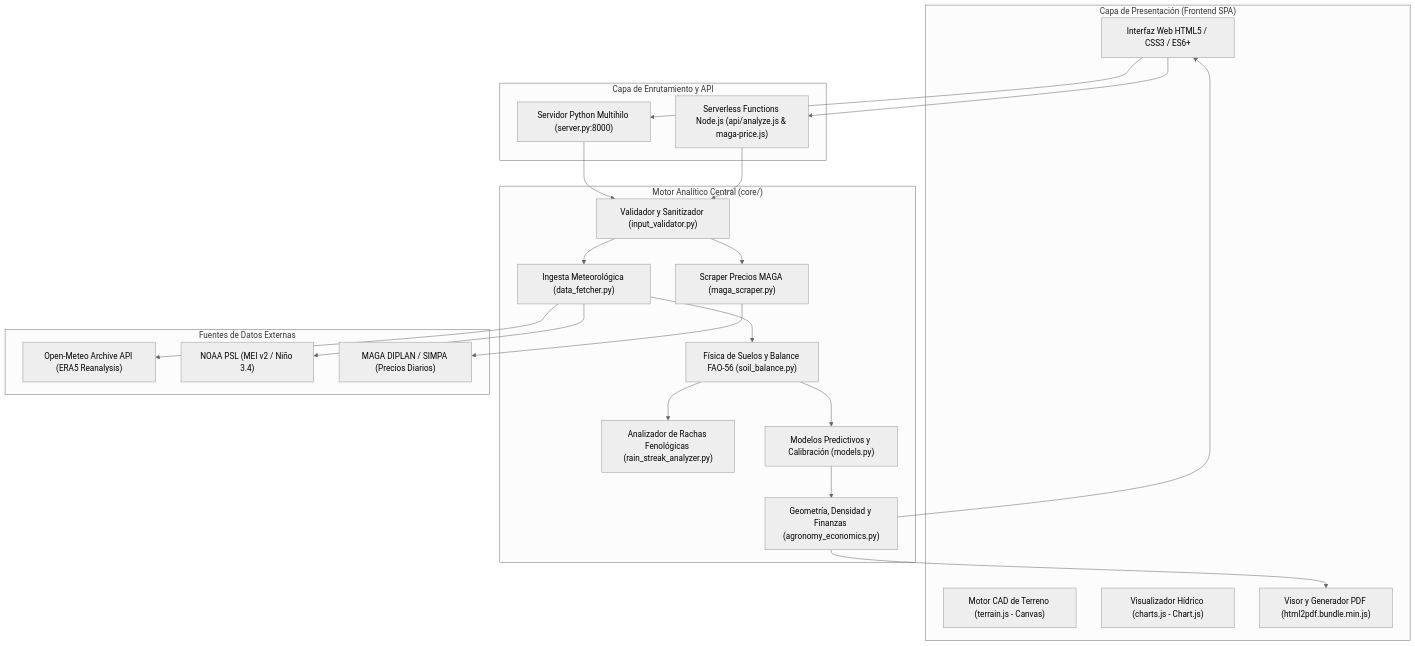
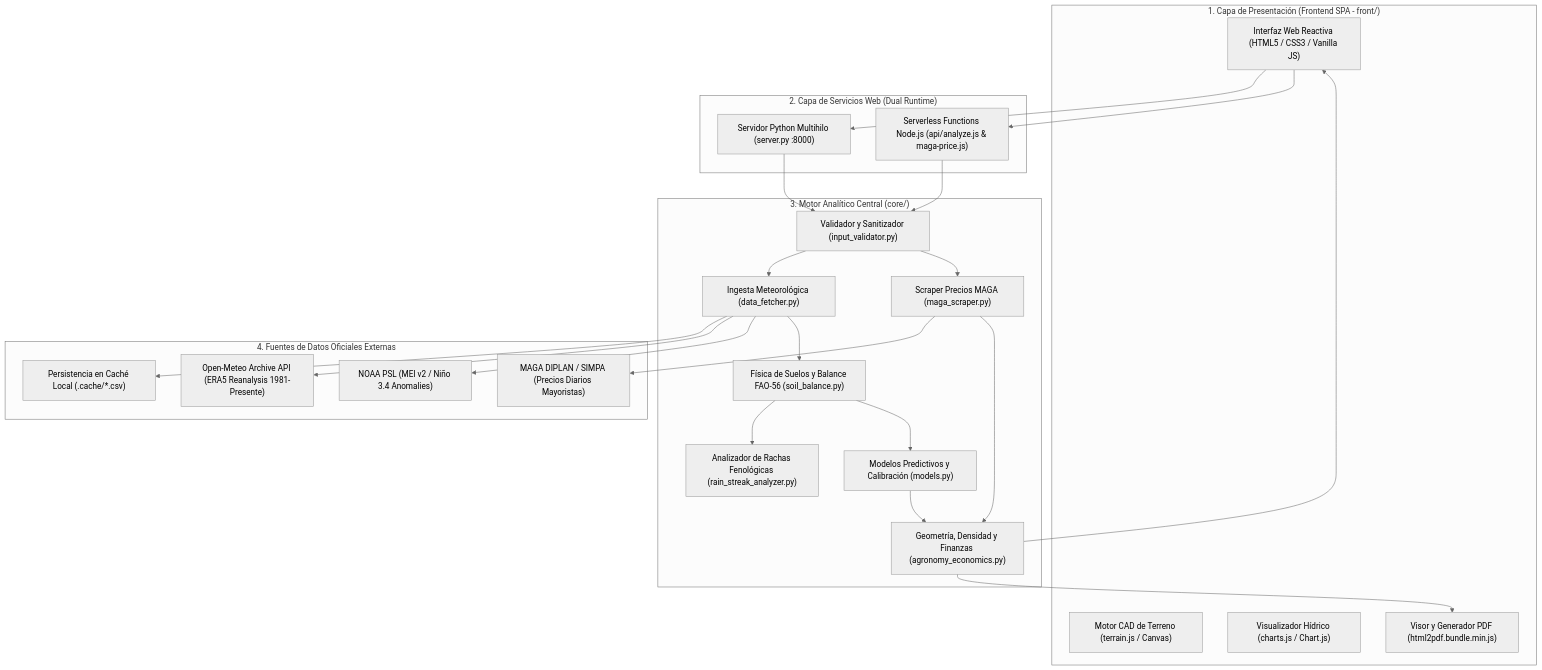
One commit to GimenaMP/analizador changed the first of 2 diagrams in DOCUMENTACION_TECNICA.md. Above: the diagram before and after it, drawn with Mermaid (neutral theme). The commit also changed other lines of this file and 4 other files, not shown here.

Commit message:
docs: corregir renderizado de formulas KaTeX e integrar diagramas nativos Draw.io

````diff
--- a/DOCUMENTACION_TECNICA.md
+++ b/DOCUMENTACION_TECNICA.md
@@ -33,46 +43,49 @@
 ```mermaid
 flowchart TD
-    subgraph Cliente["Capa de Presentación (Frontend SPA)"]
-        UI["Interfaz Web HTML5 / CSS3 / ES6+"]
-        CAD["Motor CAD de Terreno (terrain.js - Canvas)"]
-        Chart["Visualizador Hídrico (charts.js - Chart.js)"]
+    subgraph Cliente["1. Capa de Presentación (Frontend SPA - front/)"]
+        UI["Interfaz Web Reactiva (HTML5 / CSS3 / Vanilla JS)"]
+        CAD["Motor CAD de Terreno (terrain.js / Canvas)"]
+        Chart["Visualizador Hídrico (charts.js / Chart.js)"]
         PDF_W["Visor y Generador PDF (html2pdf.bundle.min.js)"]
     end
 
-    subgraph API_Gateways["Capa de Enrutamiento y API"]
-        LocalServer["Servidor Python Multihilo (server.py:8000)"]
+    subgraph API_Gateways["2. Capa de Servicios Web (Dual Runtime)"]
+        LocalServer["Servidor Python Multihilo (server.py :8000)"]
         VercelFunc["Serverless Functions Node.js (api/analyze.js & maga-price.js)"]
     end
 
-    subgraph Core_Engine["Motor Analítico Central (core/)"]
+    subgraph Core_Engine["3. Motor Analítico Central (core/)"]
         Val["Validador y Sanitizador (input_validator.py)"]
         Fetcher["Ingesta Meteorológica (data_fetcher.py)"]
         Soil["Física de Suelos y Balance FAO-56 (soil_balance.py)"]
         Streak["Analizador de Rachas Fenológicas (rain_streak_analyzer.py)"]
         ML["Modelos Predictivos y Calibración (models.py)"]
         Econ["Geometría, Densidad y Finanzas (agronomy_economics.py)"]
         Scraper["Scraper Precios MAGA (maga_scraper.py)"]
     end
 
-    subgraph Data_Sources["Fuentes de Datos Externas"]
-        OpenMeteo["Open-Meteo Archive API (ERA5 Reanalysis)"]
-        NOAA["NOAA PSL (MEI v2 / Niño 3.4)"]
-        MAGA["MAGA DIPLAN / SIMPA (Precios Diarios)"]
+    subgraph Data_Sources["4. Fuentes de Datos Oficiales Externas"]
+        OpenMeteo["Open-Meteo Archive API (ERA5 Reanalysis 1981-Presente)"]
+        NOAA["NOAA PSL (MEI v2 / Niño 3.4 Anomalies)"]
+        MAGA["MAGA DIPLAN / SIMPA (Precios Diarios Mayoristas)"]
+        CacheDisk["Persistencia en Caché Local (.cache/*.csv)"]
     end
 
     UI --> LocalServer
     UI --> VercelFunc
     LocalServer --> Val
     VercelFunc --> Val
     Val --> Fetcher
+    Val --> Scraper
+    Fetcher --> CacheDisk
     Fetcher --> OpenMeteo
     Fetcher --> NOAA
-    Val --> Scraper
     Scraper --> MAGA
     Fetcher --> Soil
     Soil --> Streak
     Soil --> ML
     ML --> Econ
+    Scraper --> Econ
     Econ --> UI
     Econ --> PDF_W
 ```
````
